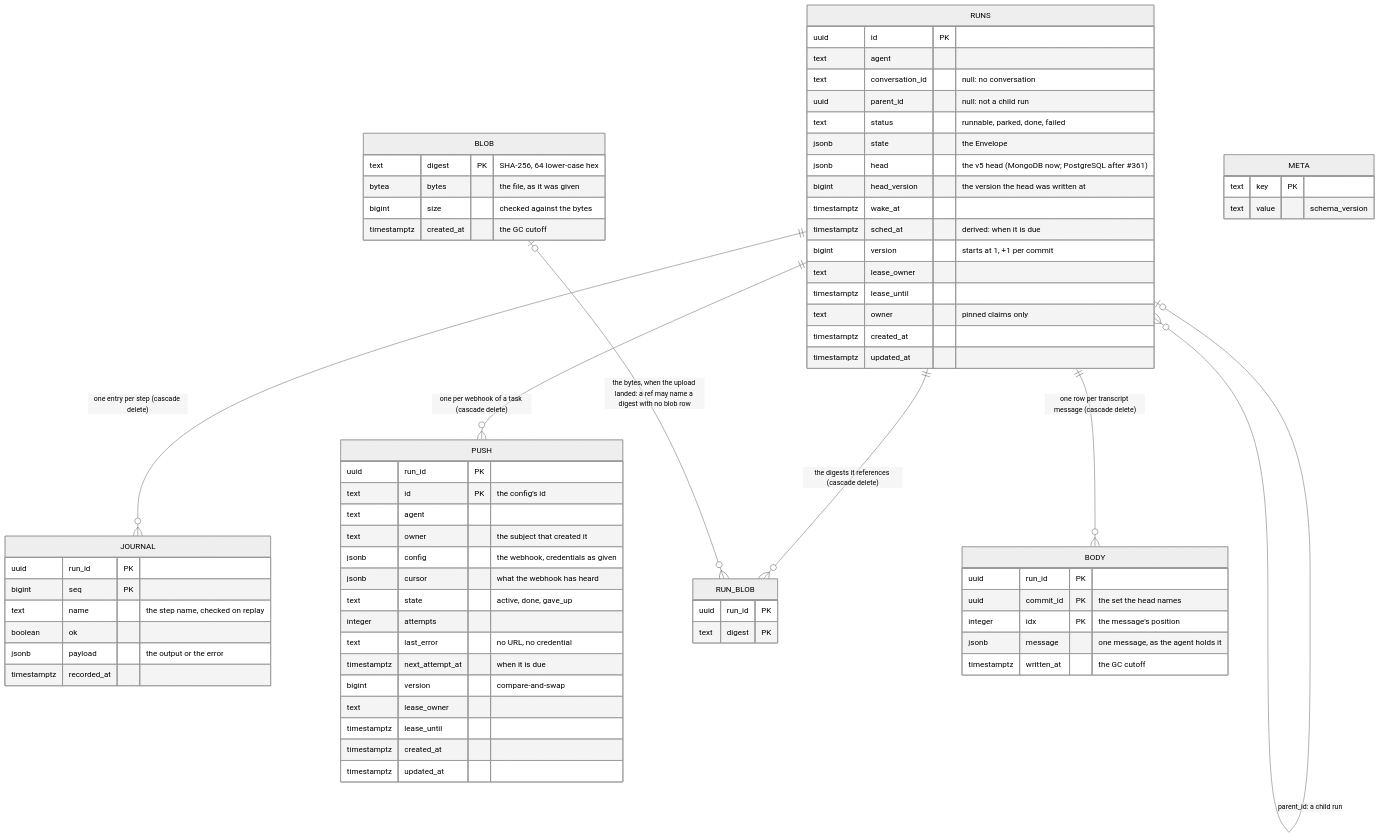
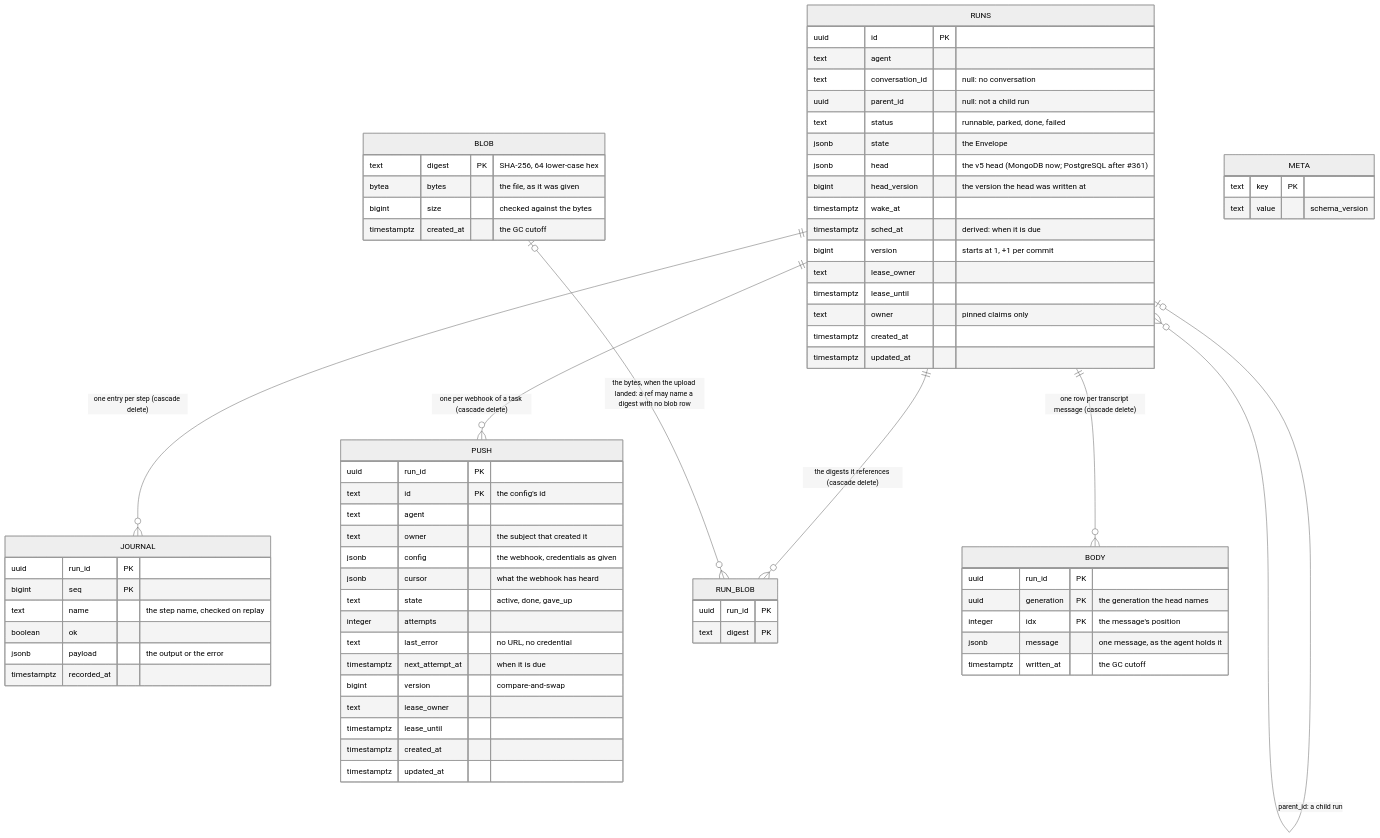
One commit to vymalo/another-adam-rs changed diagram 16 of 26 in docs/architecture.md. Above: the diagram before and after it, drawn with Mermaid (neutral theme). The commit also changed other lines of this file and 8 other files, not shown here.

````diff
--- a/docs/architecture.md
+++ b/docs/architecture.md
@@ -913,73 +913,73 @@
 ```mermaid
 erDiagram
     RUNS ||--o{ JOURNAL : "one entry per step (cascade delete)"
     RUNS ||--o{ PUSH : "one per webhook of a task (cascade delete)"
     RUNS ||--o{ RUN_BLOB : "the digests it references (cascade delete)"
     RUNS ||--o{ BODY : "one row per transcript message (cascade delete)"
     BLOB |o--o{ RUN_BLOB : "the bytes, when the upload landed: a ref may name a digest with no blob row"
     RUNS |o--o{ RUNS : "parent_id: a child run"
     RUNS {
         uuid id PK
         text agent
         text conversation_id "null: no conversation"
         uuid parent_id "null: not a child run"
         text status "runnable, parked, done, failed"
         jsonb state "the Envelope"
         jsonb head "the v5 head (MongoDB now; PostgreSQL after #361)"
         bigint head_version "the version the head was written at"
         timestamptz wake_at
         timestamptz sched_at "derived: when it is due"
         bigint version "starts at 1, +1 per commit"
         text lease_owner
         timestamptz lease_until
         text owner "pinned claims only"
         timestamptz created_at
         timestamptz updated_at
     }
     JOURNAL {
         uuid run_id PK
         bigint seq PK
         text name "the step name, checked on replay"
         boolean ok
         jsonb payload "the output or the error"
         timestamptz recorded_at
     }
     PUSH {
         uuid run_id PK
         text id PK "the config's id"
         text agent
         text owner "the subject that created it"
         jsonb config "the webhook, credentials as given"
         jsonb cursor "what the webhook has heard"
         text state "active, done, gave_up"
         integer attempts
         text last_error "no URL, no credential"
         timestamptz next_attempt_at "when it is due"
         bigint version "compare-and-swap"
         text lease_owner
         timestamptz lease_until
         timestamptz created_at
         timestamptz updated_at
     }
     BLOB {
         text digest PK "SHA-256, 64 lower-case hex"
         bytea bytes "the file, as it was given"
         bigint size "checked against the bytes"
         timestamptz created_at "the GC cutoff"
     }
     RUN_BLOB {
         uuid run_id PK
         text digest PK
     }
     BODY {
         uuid run_id PK
-        uuid commit_id PK "the set the head names"
+        uuid generation PK "the generation the head names"
         integer idx PK "the message's position"
         jsonb message "one message, as the agent holds it"
         timestamptz written_at "the GC cutoff"
     }
     META {
         text key PK
         text value "schema_version"
     }
 ```
````
